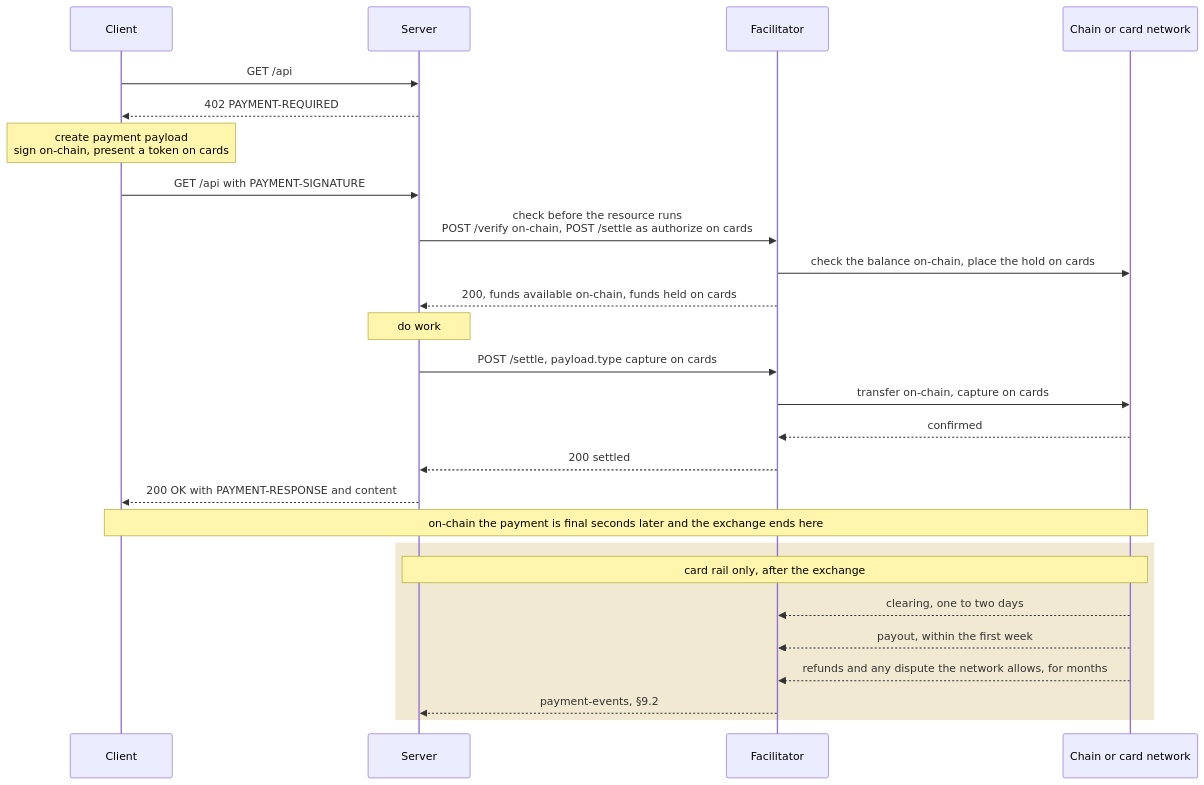
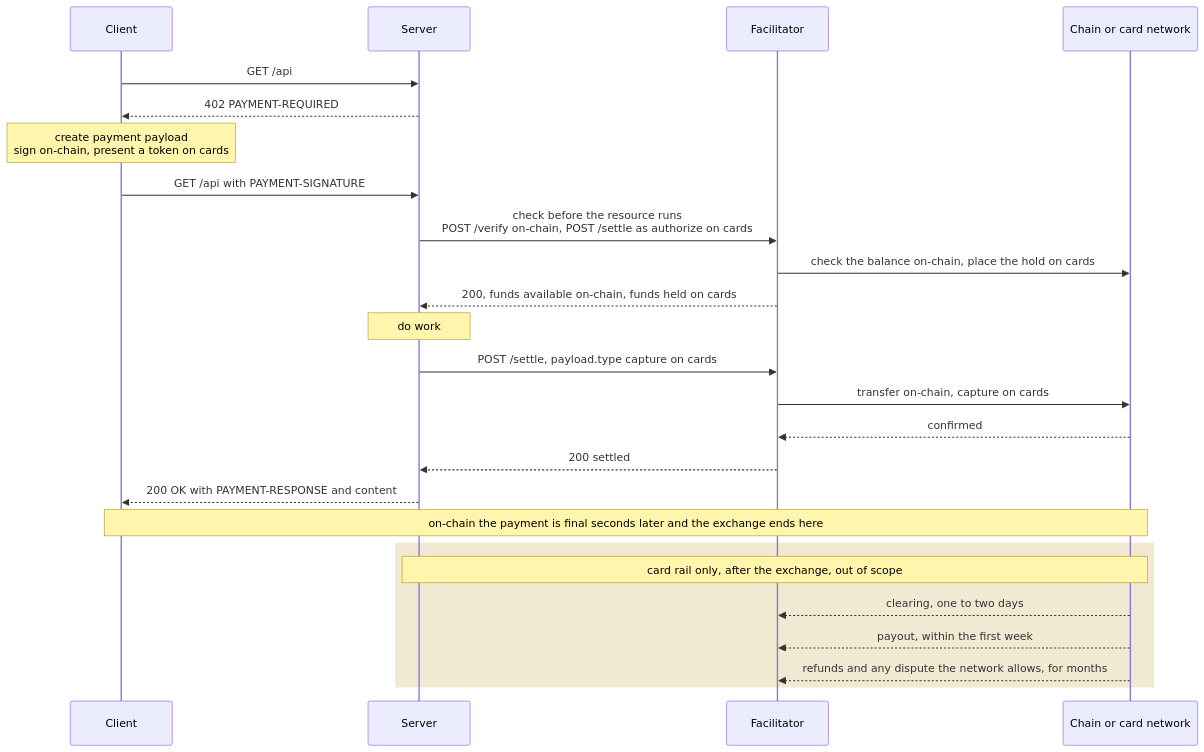
Before and after one commit to stefanoamorelli/x402: the first of 2 diagrams in specs/schemes/auth-capture/scheme_auth_capture_card.md, drawn with Mermaid. The commit also changed other lines of this file, not shown here.

First line of the commit message:
docs(specs): reduce card acceptance to the base binding

````diff
--- a/specs/schemes/auth-capture/scheme_auth_capture_card.md
+++ b/specs/schemes/auth-capture/scheme_auth_capture_card.md
@@ -70,28 +59,27 @@
 ```mermaid
 sequenceDiagram
     participant C as Client
     participant S as Server
     participant F as Facilitator
     participant N as Chain or card network
     C->>S: GET /api
     S-->>C: 402 PAYMENT-REQUIRED
     Note over C: create payment payload<br/>sign on-chain, present a token on cards
     C->>S: GET /api with PAYMENT-SIGNATURE
     S->>F: check before the resource runs<br/>POST /verify on-chain, POST /settle as authorize on cards
     F->>N: check the balance on-chain, place the hold on cards
     F-->>S: 200, funds available on-chain, funds held on cards
     Note over S: do work
     S->>F: POST /settle, payload.type capture on cards
     F->>N: transfer on-chain, capture on cards
     N-->>F: confirmed
     F-->>S: 200 settled
     S-->>C: 200 OK with PAYMENT-RESPONSE and content
     Note over C,N: on-chain the payment is final seconds later and the exchange ends here
     rect rgba(176, 136, 0, 0.18)
-        Note over S,N: card rail only, after the exchange
+        Note over S,N: card rail only, after the exchange, out of scope
         N-->>F: clearing, one to two days
         N-->>F: payout, within the first week
         N-->>F: refunds and any dispute the network allows, for months
-        F-->>S: payment-events, §9.2
     end
 ```
````
